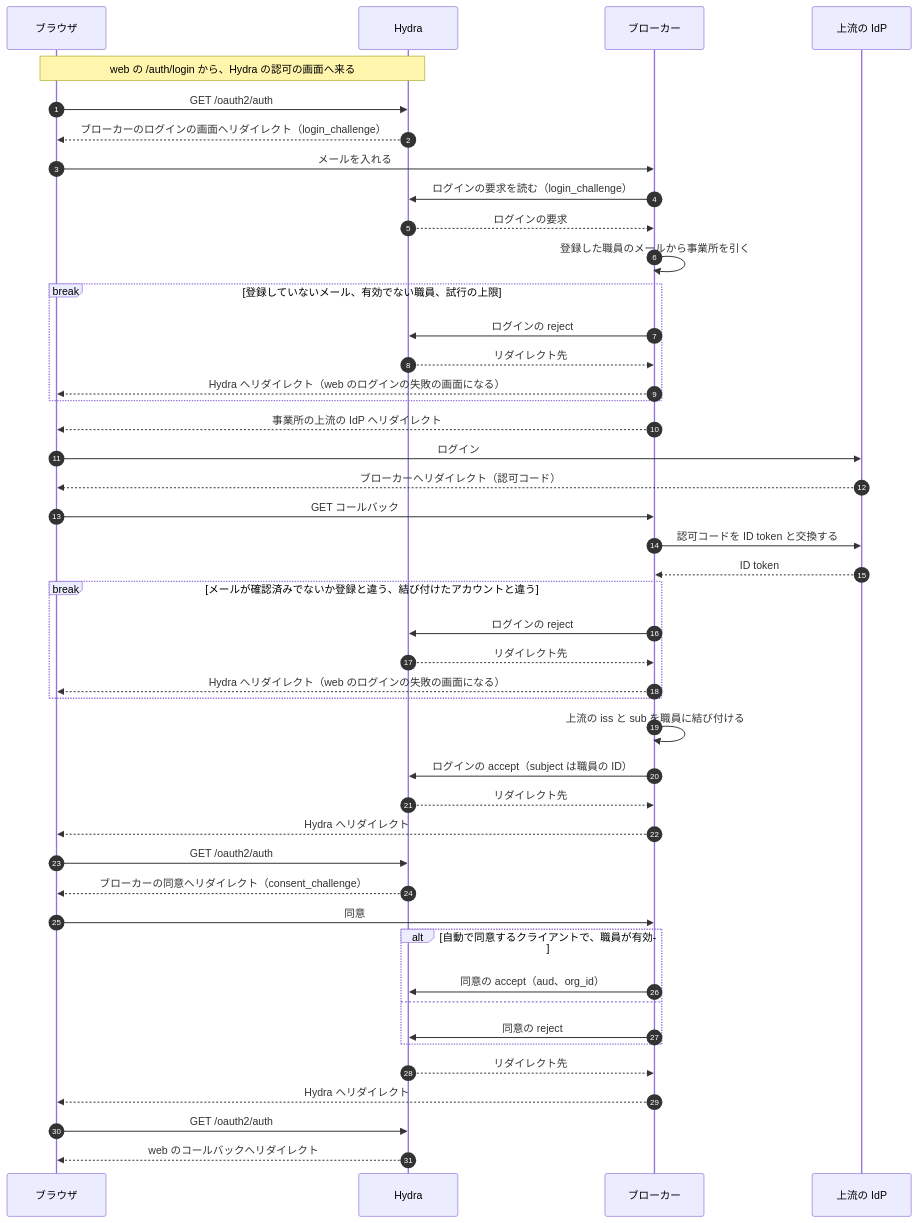
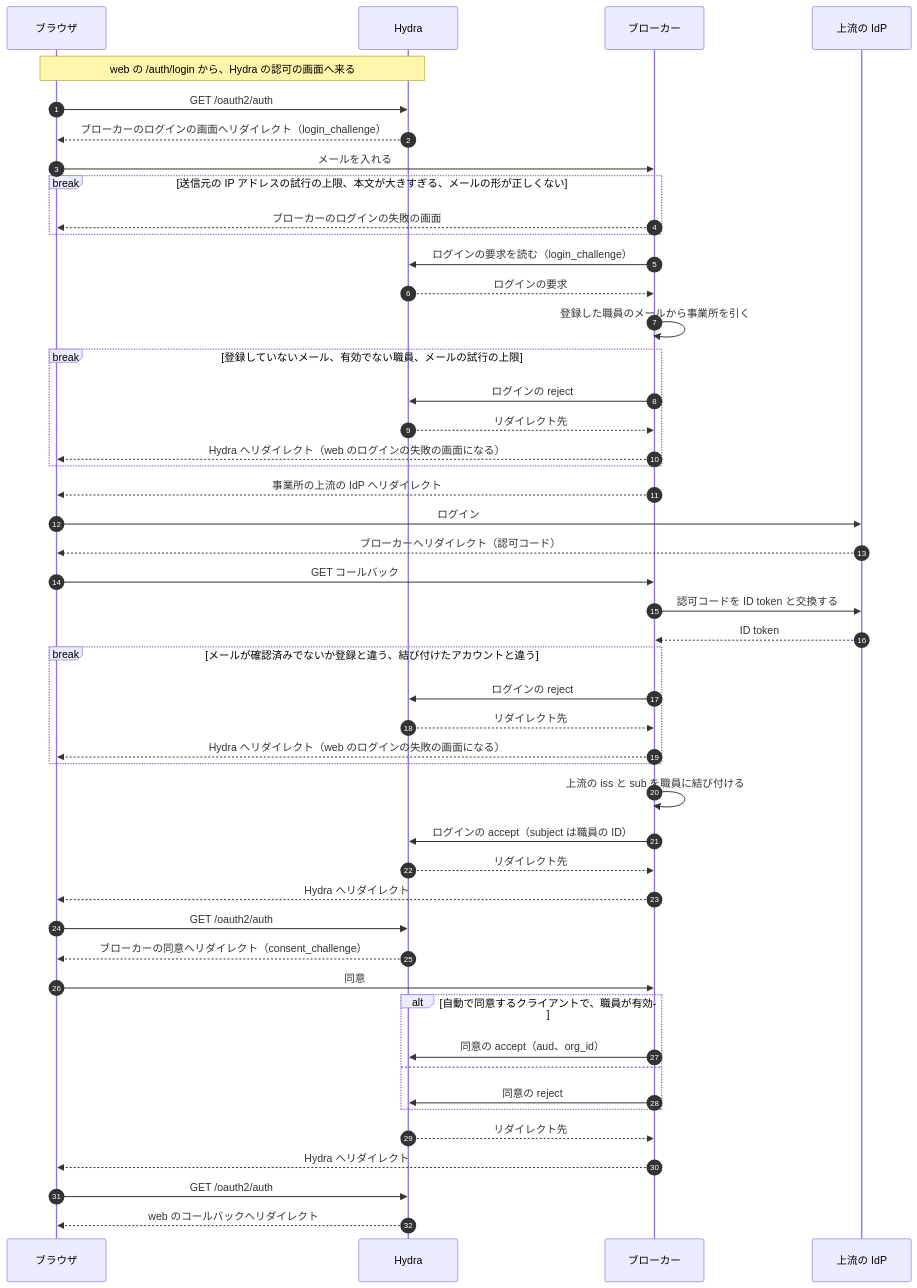
One commit to Fukuemon/buddy changed the third of 8 diagrams in services/broker/DesignDoc.md. Above: the diagram before and after it, drawn with Mermaid. The commit also changed other lines of this file and 4 other files, not shown here.

````diff
--- a/services/broker/DesignDoc.md
+++ b/services/broker/DesignDoc.md
@@ -100,47 +100,50 @@
 ```mermaid
 sequenceDiagram
   autonumber
   participant B as ブラウザ
   participant H as Hydra
   participant K as ブローカー
   participant U as 上流の IdP
   Note over B,H: web の /auth/login から、Hydra の認可の画面へ来る
   B->>H: GET /oauth2/auth
   H-->>B: ブローカーのログインの画面へリダイレクト（login_challenge）
   B->>K: メールを入れる
+  break 送信元の IP アドレスの試行の上限、本文が大きすぎる、メールの形が正しくない
+    K-->>B: ブローカーのログインの失敗の画面
+  end
   K->>H: ログインの要求を読む（login_challenge）
   H-->>K: ログインの要求
   K->>K: 登録した職員のメールから事業所を引く
-  break 登録していないメール、有効でない職員、試行の上限
+  break 登録していないメール、有効でない職員、メールの試行の上限
     K->>H: ログインの reject
     H-->>K: リダイレクト先
     K-->>B: Hydra へリダイレクト（web のログインの失敗の画面になる）
   end
   K-->>B: 事業所の上流の IdP へリダイレクト
   B->>U: ログイン
   U-->>B: ブローカーへリダイレクト（認可コード）
   B->>K: GET コールバック
   K->>U: 認可コードを ID token と交換する
   U-->>K: ID token
   break メールが確認済みでないか登録と違う、結び付けたアカウントと違う
     K->>H: ログインの reject
     H-->>K: リダイレクト先
     K-->>B: Hydra へリダイレクト（web のログインの失敗の画面になる）
   end
   K->>K: 上流の iss と sub を職員に結び付ける
   K->>H: ログインの accept（subject は職員の ID）
   H-->>K: リダイレクト先
   K-->>B: Hydra へリダイレクト
   B->>H: GET /oauth2/auth
   H-->>B: ブローカーの同意へリダイレクト（consent_challenge）
   B->>K: 同意
   alt 自動で同意するクライアントで、職員が有効
     K->>H: 同意の accept（aud、org_id）
   else
     K->>H: 同意の reject
   end
   H-->>K: リダイレクト先
   K-->>B: Hydra へリダイレクト
   B->>H: GET /oauth2/auth
   H-->>B: web のコールバックへリダイレクト
 ```
````
